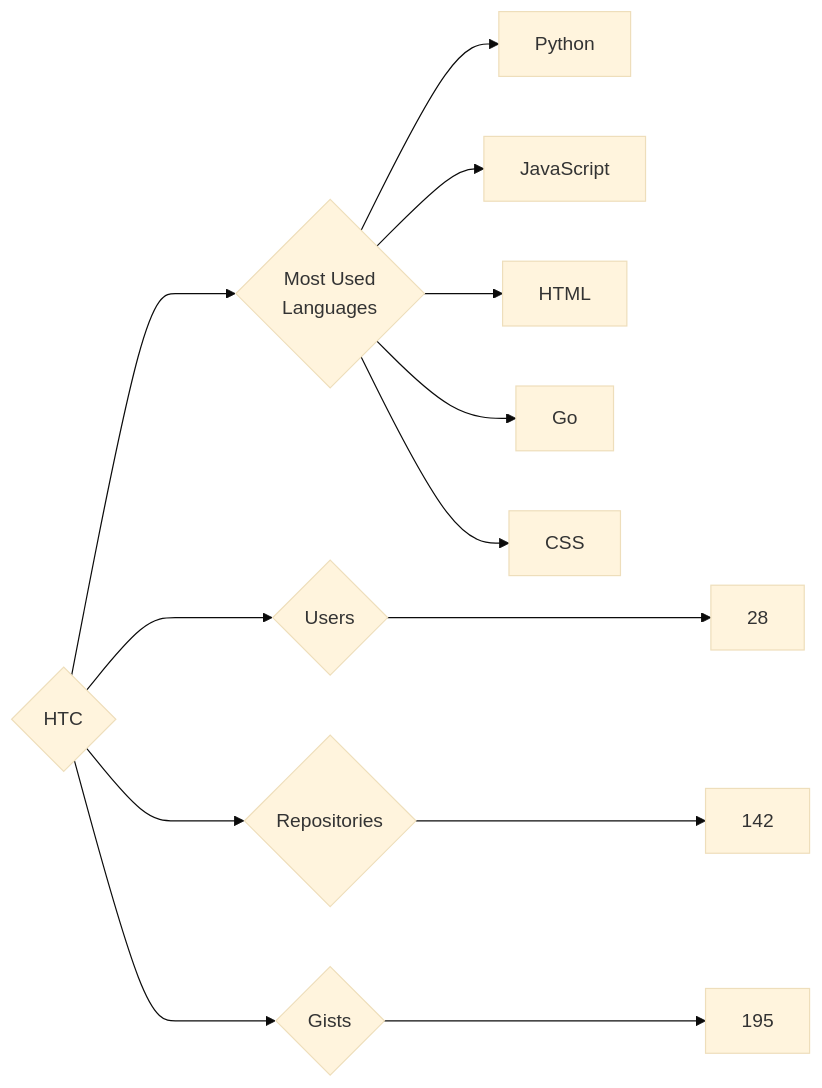
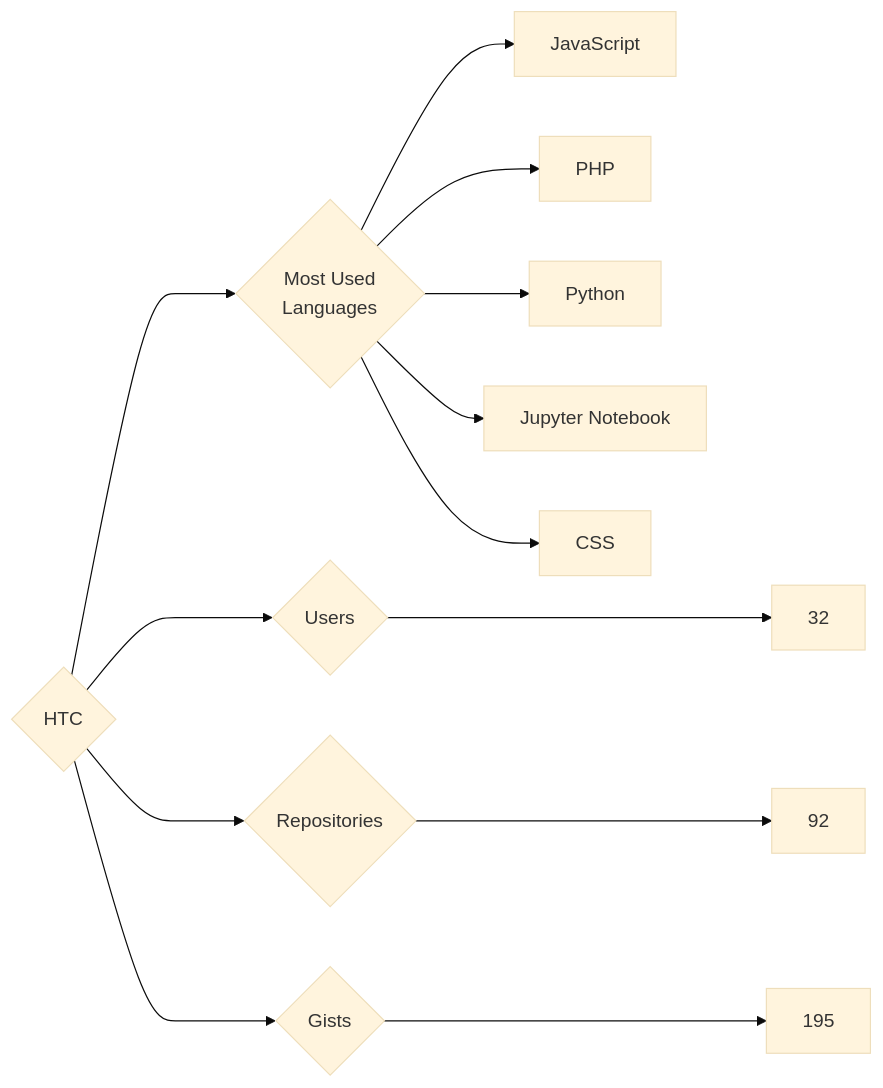
The diagram in targets/HTC/README.md (trickest/insiders), drawn with Mermaid (base theme) before and after one commit. The commit also changed 874 other files, not shown here.

````diff
--- a/targets/HTC/README.md
+++ b/targets/HTC/README.md
@@ -3,13 +3,13 @@
 ```mermaid
 graph LR
 COMPANY_NAME{HTC}
-COMPANY_NAME ---> U{Users} ---> UN[28]
-COMPANY_NAME ---> R{Repositories} ---> RN[142]
+COMPANY_NAME ---> U{Users} ---> UN[32]
+COMPANY_NAME ---> R{Repositories} ---> RN[92]
 COMPANY_NAME ---> G{Gists} ---> GN[195]
 COMPANY_NAME ---> ML{Most Used<br>Languages}
+ML --> JavaScript[JavaScript]
+ML --> PHP[PHP]
 ML --> Python[Python]
-ML --> JavaScript[JavaScript]
-ML --> HTML[HTML]
-ML --> Go[Go]
+ML --> Jupyter_Notebook[Jupyter Notebook]
 ML --> CSS[CSS]
 ```
````
